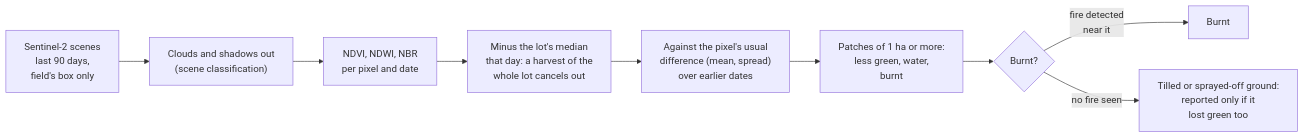
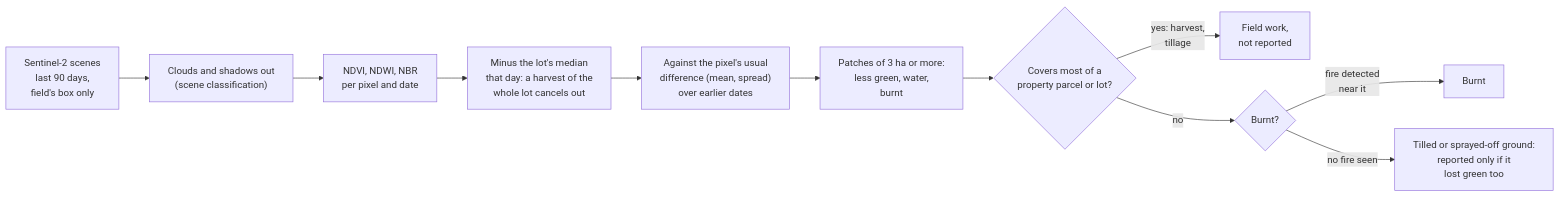
One commit to nickyperrone/Fire-Detection-System changed diagram 16 of 20 in README.md. Above: the diagram before and after it, drawn with Mermaid. The commit also changed other lines of this file, not shown here.

````diff
--- a/README.md
+++ b/README.md
@@ -481,11 +545,14 @@
 ```mermaid
 flowchart LR
     S["Sentinel-2 scenes<br/>last 90 days,<br/>field's box only"] --> C["Clouds and shadows out<br/>(scene classification)"]
     C --> I["NDVI, NDWI, NBR<br/>per pixel and date"]
     I --> R["Minus the lot's median<br/>that day: a harvest of the<br/>whole lot cancels out"]
     R --> B["Against the pixel's usual<br/>difference (mean, spread)<br/>over earlier dates"]
-    B --> P["Patches of 1 ha or more:<br/>less green, water,<br/>burnt"]
-    P --> F{"Burnt?"}
+    B --> P["Patches of 3 ha or more:<br/>less green, water,<br/>burnt"]
+    P --> W{"Covers most of a<br/>property parcel or lot?"}
+    W -- "yes: harvest,<br/>tillage" --> D["Field work,<br/>not reported"]
+    W -- no --> F
+    F{"Burnt?"}
     F -- "fire detected<br/>near it" --> K["Burnt"]
     F -- "no fire seen" --> L["Tilled or sprayed-off ground:<br/>reported only if it<br/>lost green too"]
 ```
````
